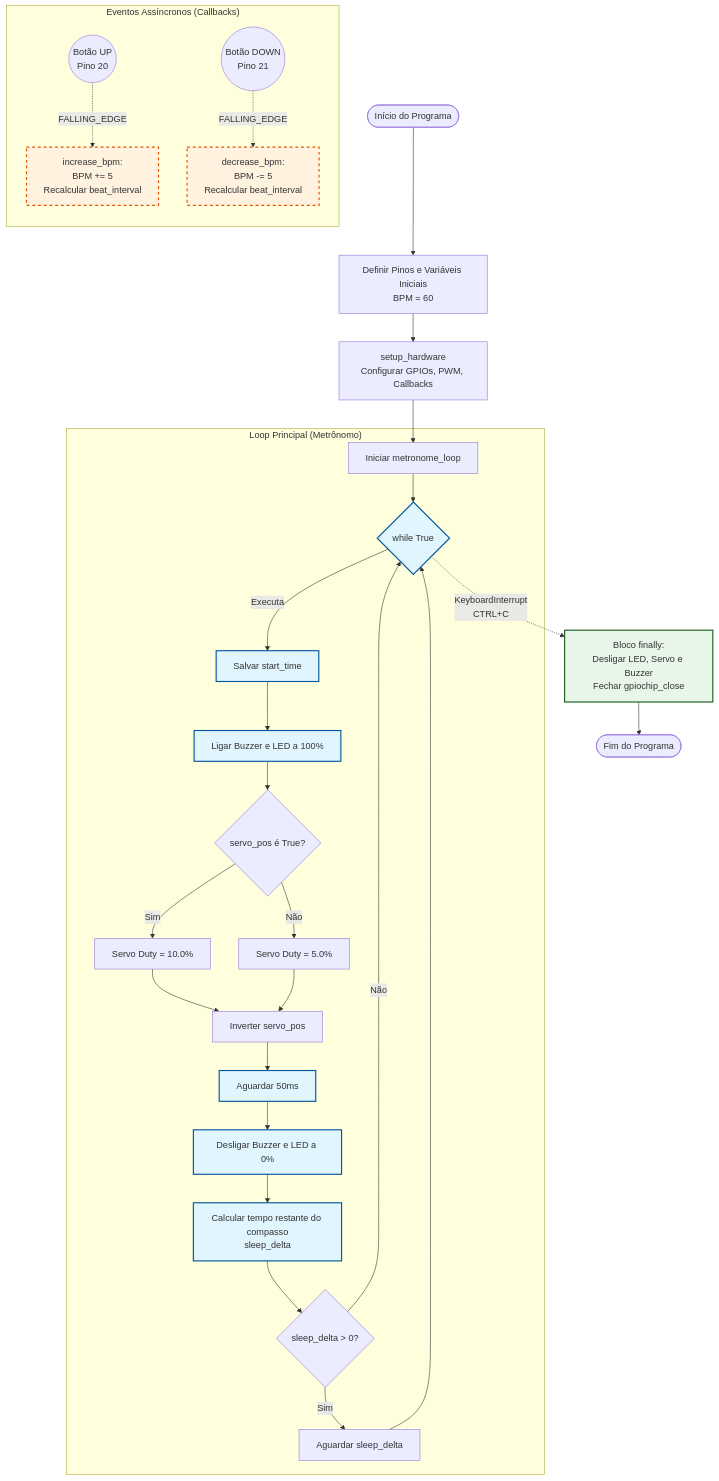
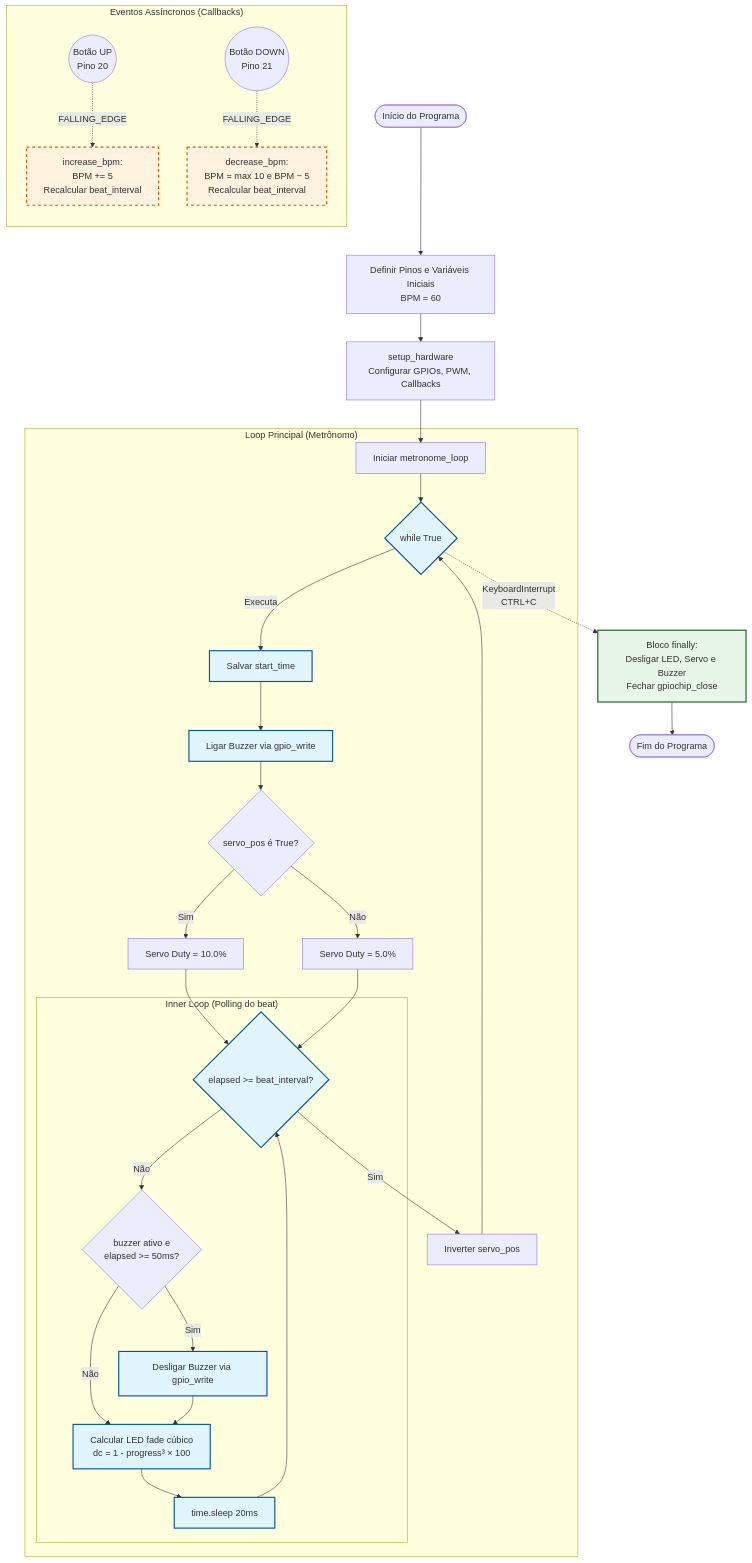
The first of 2 diagrams in experimento7/readme.md (arturing/PCS3732-Group-W), drawn with Mermaid before and after one commit. The commit also changed other lines of this file, not shown here.

Commit message:
Atualizar diagramas

````diff
--- a/experimento7/readme.md
+++ b/experimento7/readme.md
@@ -3,52 +3,57 @@
 ```mermaid
 flowchart TD
     %% Nós principais
     Start([Início do Programa]) --> Init[Definir Pinos e Variáveis Iniciais<br>BPM = 60]
     Init --> Setup[setup_hardware<br>Configurar GPIOs, PWM, Callbacks]
     Setup --> StartLoop[Iniciar metronome_loop]
     
     %% Loop Principal
     subgraph "Loop Principal (Metrônomo)"
         StartLoop --> Loop{while True}
         
         Loop --> |Executa| Tick[Salvar start_time]
-        Tick --> AtivaOutput[Ligar Buzzer e LED a 100%]
+        Tick --> AtivaOutput[Ligar Buzzer via gpio_write]
+
         CheckServo{servo_pos é True?}
         AtivaOutput --> CheckServo
         
         CheckServo -->|Sim| Servo10[Servo Duty = 10.0%]
         CheckServo -->|Não| Servo5[Servo Duty = 5.0%]
         
-        Servo10 --> ToggleServo[Inverter servo_pos]
-        Servo5 --> ToggleServo
-        
-        ToggleServo --> Wait50[Aguardar 50ms]
-        Wait50 --> DesativaOutput[Desligar Buzzer e LED a 0%]
-        DesativaOutput --> CalcTime[Calcular tempo restante do compasso<br>sleep_delta]
-        
-        CalcTime --> CheckDelta{sleep_delta > 0?}
-        CheckDelta -->|Sim| WaitDelta[Aguardar sleep_delta]
-        CheckDelta -->|Não| Loop
-        WaitDelta --> Loop
+        Servo10 --> InnerLoop
+        Servo5 --> InnerLoop
+
+        subgraph "Inner Loop (Polling do beat)"
+            InnerLoop{elapsed >= beat_interval?}
+            InnerLoop -->|Não| CheckBuzzer{buzzer ativo e<br>elapsed >= 50ms?}
+            CheckBuzzer -->|Sim| DesligaBuzzer[Desligar Buzzer via gpio_write]
+            CheckBuzzer -->|Não| FadeLED
+            DesligaBuzzer --> FadeLED[Calcular LED fade cúbico<br>dc = 1 - progress³ × 100]
+            FadeLED --> Wait20[time.sleep 20ms]
+            Wait20 --> InnerLoop
+        end
+
+        InnerLoop -->|Sim| ToggleServo[Inverter servo_pos]
+        ToggleServo --> Loop
     end
 
     %% Eventos de Interrupção (Assíncronos)
     subgraph "Eventos Assíncronos (Callbacks)"
         direction TB
         BtnUp((Botão UP<br>Pino 20)) -.-> |FALLING_EDGE| CallbackUp[increase_bpm:<br>BPM += 5<br>Recalcular beat_interval]
-        BtnDown((Botão DOWN<br>Pino 21)) -.-> |FALLING_EDGE| CallbackDown[decrease_bpm:<br>BPM -= 5<br>Recalcular beat_interval]
+        BtnDown((Botão DOWN<br>Pino 21)) -.-> |FALLING_EDGE| CallbackDown[decrease_bpm:<br>BPM = max 10 e BPM − 5<br>Recalcular beat_interval]
     end
 
     %% Encerramento
     Loop -.-> |KeyboardInterrupt<br>CTRL+C| Limpeza[Bloco finally:<br>Desligar LED, Servo e Buzzer<br>Fechar gpiochip_close]
     Limpeza --> Fim([Fim do Programa])
 
     %% Estilos visuais
     classDef main fill:#e1f5fe,stroke:#01579b,stroke-width:2px;
     classDef async fill:#fff3e0,stroke:#e65100,stroke-width:2px,stroke-dasharray: 5 5;
     classDef io fill:#e8f5e9,stroke:#1b5e20,stroke-width:2px;
     
-    class Loop,Tick,AtivaOutput,DesativaOutput,Wait50,CalcTime main;
+    class Loop,Tick,AtivaOutput,DesligaBuzzer,FadeLED,Wait20,InnerLoop main;
     class CallbackUp,CallbackDown async;
     class Limpeza io;
 ```
````
